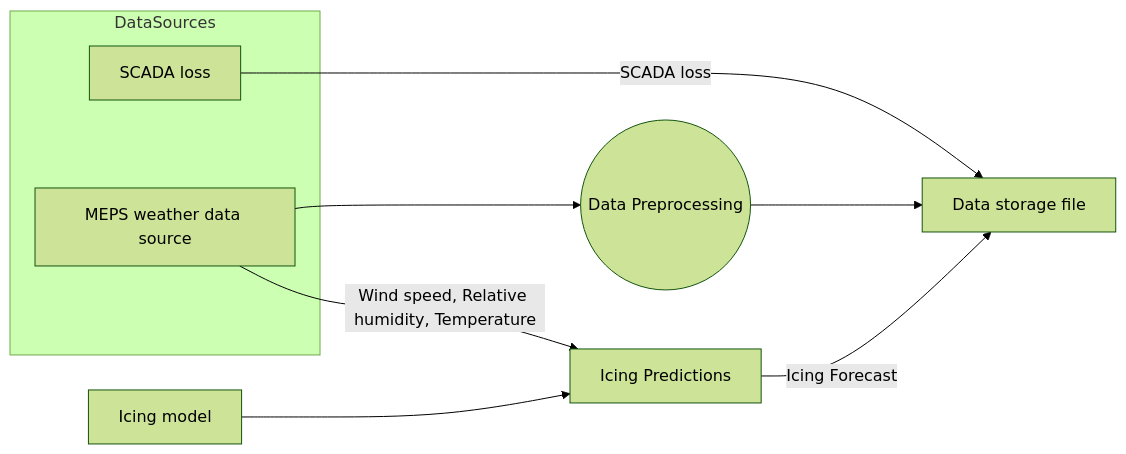
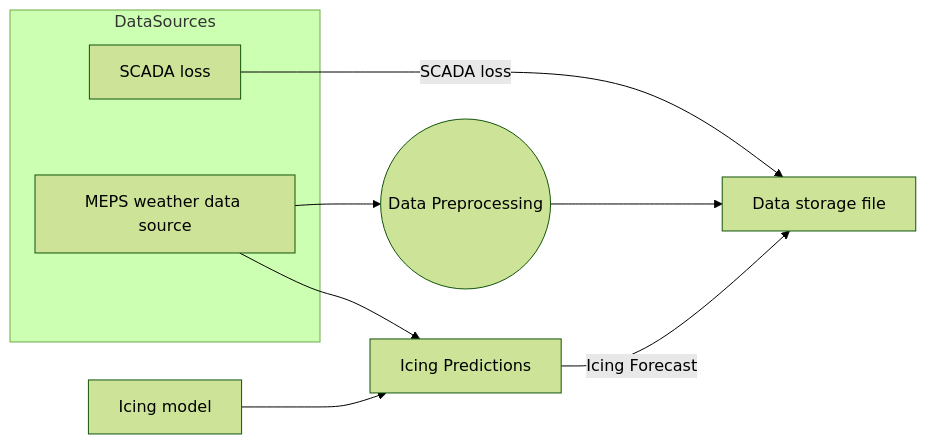
The diagram in README.md (markusrupp/icing_flowshart), drawn with Mermaid (forest theme) before and after one commit.

````diff
--- a/README.md
+++ b/README.md
@@ -17,14 +17,14 @@
 ```mermaid
 flowchart LR
     subgraph DataSources
         SCADA[SCADA loss]
         MEPS[MEPS weather data source]
     end
 
     SCADA -->|SCADA loss| DSF[Data storage file]
     MEPS --> DP((Data Preprocessing))
     DP --> DSF
-    MEPS --> |Wind speed, Relative humidity, Temperature| IP[Icing Predictions]
+    MEPS --> IP[Icing Predictions]
     IM[Icing model] --> IP
     IP -->|Icing Forecast| DSF
 ```
````
